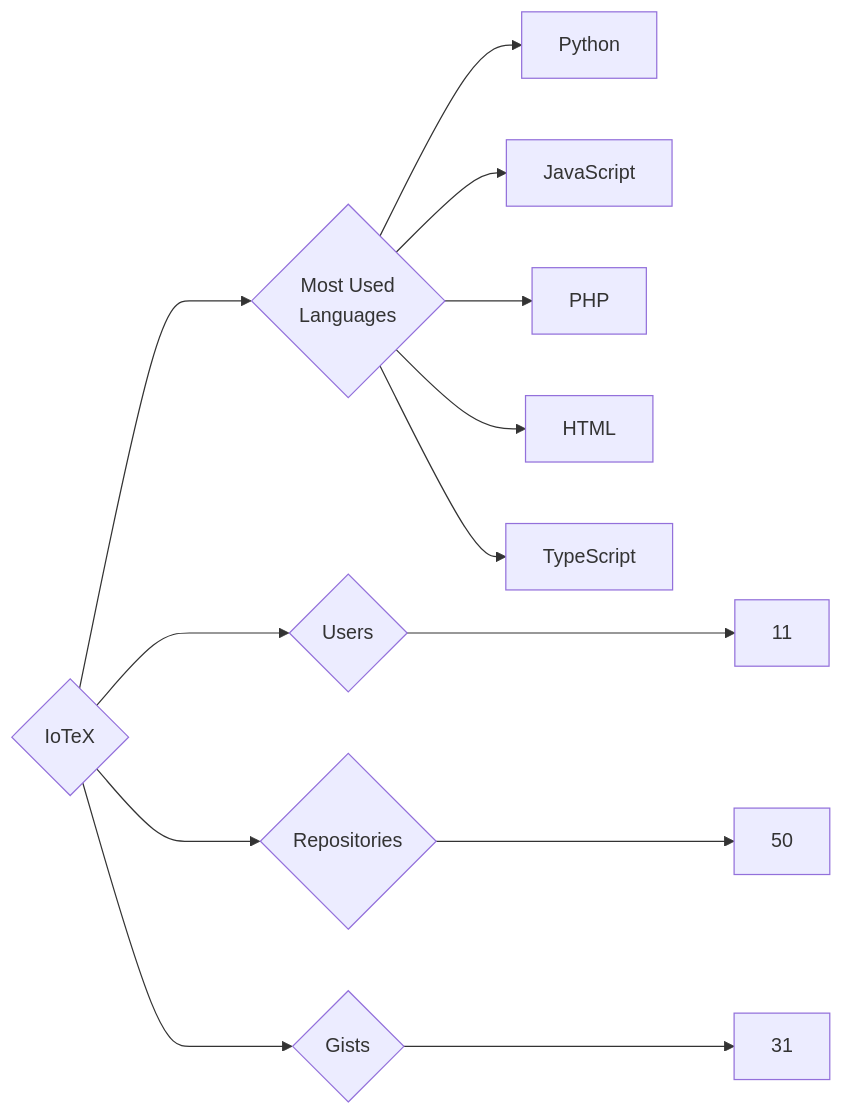
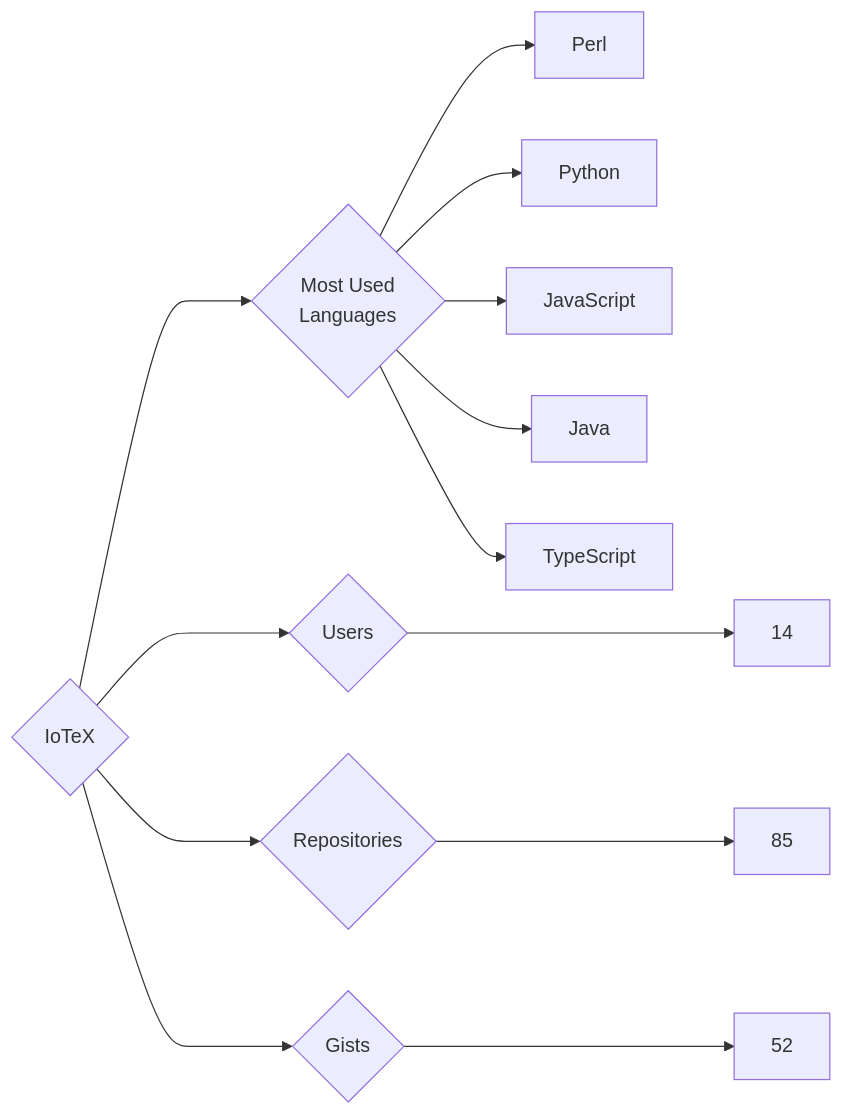
The diagram in targets/IoTeX/README.md (trickest/insiders), drawn with Mermaid before and after one commit. The commit also changed 912 other files, not shown here.

````diff
--- a/targets/IoTeX/README.md
+++ b/targets/IoTeX/README.md
@@ -3,13 +3,13 @@
 ```mermaid
 graph LR
 COMPANY_NAME{IoTeX}
-COMPANY_NAME ---> U{Users} ---> UN[11]
-COMPANY_NAME ---> R{Repositories} ---> RN[50]
-COMPANY_NAME ---> G{Gists} ---> GN[31]
+COMPANY_NAME ---> U{Users} ---> UN[14]
+COMPANY_NAME ---> R{Repositories} ---> RN[85]
+COMPANY_NAME ---> G{Gists} ---> GN[52]
 COMPANY_NAME ---> ML{Most Used<br>Languages}
+ML --> Perl[Perl]
 ML --> Python[Python]
 ML --> JavaScript[JavaScript]
-ML --> PHP[PHP]
-ML --> HTML[HTML]
+ML --> Java[Java]
 ML --> TypeScript[TypeScript]
 ```
````
